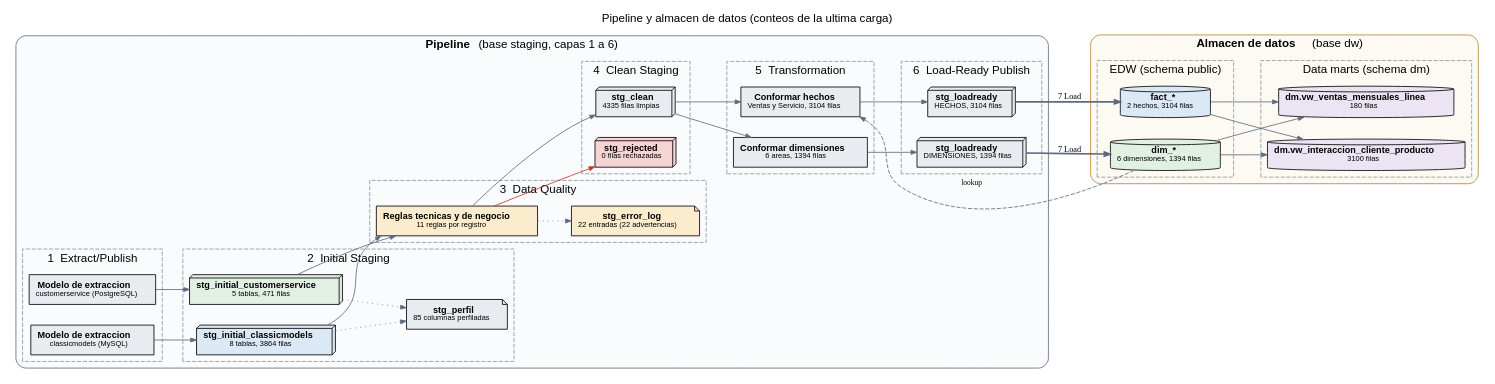
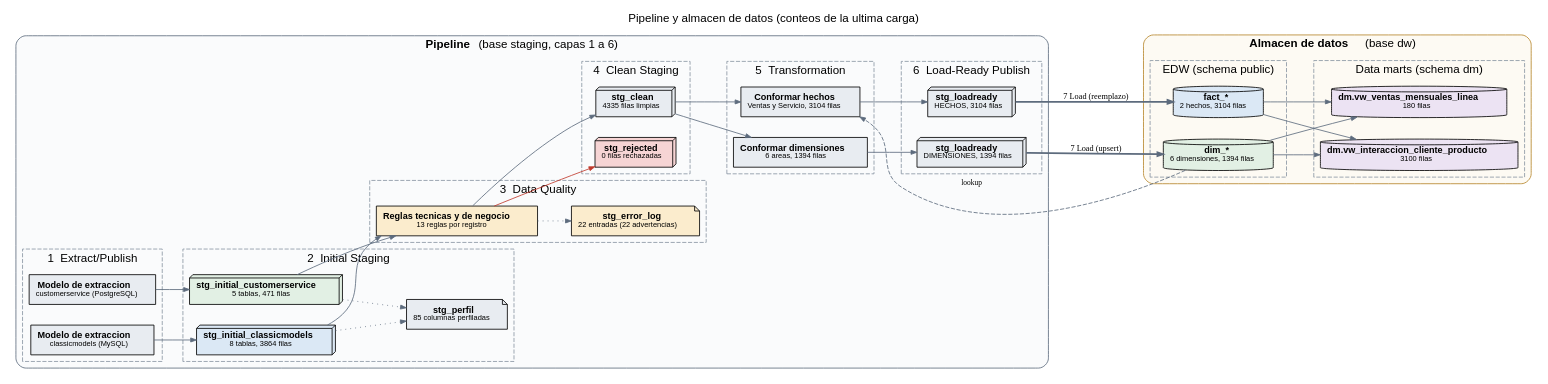
Before and after one commit to salo368/proyecto-modelos-datos: the diagram in docs/img/etl_pipeline.dot, drawn with Graphviz. The commit also changed 4 other files, not shown here.

First line of the commit message:
Regenerar backups, reporte de calidad y diagrama del pipeline

```diff
--- a/docs/img/etl_pipeline.dot
+++ b/docs/img/etl_pipeline.dot
@@ -1,56 +1,56 @@
 digraph pipeline {
   graph [rankdir=LR, nodesep=0.35, ranksep=0.55, fontname="Helvetica", label="Pipeline y almacen de datos (conteos de la ultima carga)", labelloc=t, fontsize=14];
   node [fontname="Helvetica", fontsize=11];
   edge [color="#5d6b7d", arrowsize=0.7];
 
   subgraph cluster_pipeline { label=<<B>Pipeline</B> (base staging, capas 1 a 6)>; style="rounded,filled"; fillcolor="#fafbfc"; color="#5d6b7d";
     subgraph cluster_1 { label="1  Extract/Publish"; style=dashed; color="#8a96a3";
     ext_cm [shape=box, style="filled", fillcolor="#e8ecf1", label=<<B>Modelo de extraccion</B><BR/><FONT POINT-SIZE="9">classicmodels (MySQL)</FONT>>];
     ext_cs [shape=box, style="filled", fillcolor="#e8ecf1", label=<<B>Modelo de extraccion</B><BR/><FONT POINT-SIZE="9">customerservice (PostgreSQL)</FONT>>];
     }
     subgraph cluster_2 { label="2  Initial Staging"; style=dashed; color="#8a96a3";
     ini_cm [shape=box3d, style="filled", fillcolor="#dbe8f5", label=<<B>stg_initial_classicmodels</B><BR/><FONT POINT-SIZE="9">8 tablas, 3864 filas</FONT>>];
     ini_cs [shape=box3d, style="filled", fillcolor="#e2f0e4", label=<<B>stg_initial_customerservice</B><BR/><FONT POINT-SIZE="9">5 tablas, 471 filas</FONT>>];
     profile [shape=note, style="filled", fillcolor="#e8ecf1", label=<<B>stg_perfil</B><BR/><FONT POINT-SIZE="9">85 columnas perfiladas</FONT>>];
     }
     subgraph cluster_3 { label="3  Data Quality"; style=dashed; color="#8a96a3";
-    dq [shape=box, style="filled", fillcolor="#fbeccd", label=<<B>Reglas tecnicas y de negocio</B><BR/><FONT POINT-SIZE="9">11 reglas por registro</FONT>>];
+    dq [shape=box, style="filled", fillcolor="#fbeccd", label=<<B>Reglas tecnicas y de negocio</B><BR/><FONT POINT-SIZE="9">13 reglas por registro</FONT>>];
     errlog [shape=note, style="filled", fillcolor="#fbeccd", label=<<B>stg_error_log</B><BR/><FONT POINT-SIZE="9">22 entradas (22 advertencias)</FONT>>];
     }
     subgraph cluster_4 { label="4  Clean Staging"; style=dashed; color="#8a96a3";
     clean [shape=box3d, style="filled", fillcolor="#e8ecf1", label=<<B>stg_clean</B><BR/><FONT POINT-SIZE="9">4335 filas limpias</FONT>>];
     rej [shape=box3d, style="filled", fillcolor="#f6d4d4", label=<<B>stg_rejected</B><BR/><FONT POINT-SIZE="9">0 filas rechazadas</FONT>>];
     }
     subgraph cluster_5 { label="5  Transformation"; style=dashed; color="#8a96a3";
     tr_d [shape=box, style="filled", fillcolor="#e8ecf1", label=<<B>Conformar dimensiones</B><BR/><FONT POINT-SIZE="9">6 areas, 1394 filas</FONT>>];
     tr_f [shape=box, style="filled", fillcolor="#e8ecf1", label=<<B>Conformar hechos</B><BR/><FONT POINT-SIZE="9">Ventas y Servicio, 3104 filas</FONT>>];
     }
     subgraph cluster_6 { label="6  Load-Ready Publish"; style=dashed; color="#8a96a3";
     lr_d [shape=box3d, style="filled", fillcolor="#e8ecf1", label=<<B>stg_loadready</B><BR/><FONT POINT-SIZE="9">DIMENSIONES, 1394 filas</FONT>>];
     lr_f [shape=box3d, style="filled", fillcolor="#e8ecf1", label=<<B>stg_loadready</B><BR/><FONT POINT-SIZE="9">HECHOS, 3104 filas</FONT>>];
     }
   }
 
   subgraph cluster_dw { label=<<B>Almacen de datos</B> (base dw)>; style="rounded,filled"; fillcolor="#fdfaf3"; color="#b7862b";
     subgraph cluster_edw { label="EDW (schema public)"; style=dashed; color="#8a96a3";
     dims [shape=cylinder, style="filled", fillcolor="#e2f0e4", label=<<B>dim_*</B><BR/><FONT POINT-SIZE="9">6 dimensiones, 1394 filas</FONT>>];
     facts [shape=cylinder, style="filled", fillcolor="#dbe8f5", label=<<B>fact_*</B><BR/><FONT POINT-SIZE="9">2 hechos, 3104 filas</FONT>>];
     }
     subgraph cluster_dm { label="Data marts (schema dm)"; style=dashed; color="#8a96a3";
     dm1 [shape=cylinder, style="filled", fillcolor="#ece3f3", label=<<B>dm.vw_interaccion_cliente_producto</B><BR/><FONT POINT-SIZE="9">3100 filas</FONT>>];
     dm2 [shape=cylinder, style="filled", fillcolor="#ece3f3", label=<<B>dm.vw_ventas_mensuales_linea</B><BR/><FONT POINT-SIZE="9">180 filas</FONT>>];
     }
   }
 
   ext_cm -> ini_cm; ext_cs -> ini_cs;
   ini_cm -> profile [style=dotted]; ini_cs -> profile [style=dotted];
   ini_cm -> dq; ini_cs -> dq;
   dq -> errlog [style=dotted];
   dq -> clean; dq -> rej [color="#c0392b"];
   clean -> tr_d; clean -> tr_f;
   tr_d -> lr_d; tr_f -> lr_f;
-  lr_d -> dims [penwidth=2, label="7 Load", fontsize=10];
-  lr_f -> facts [penwidth=2, label="7 Load", fontsize=10];
+  lr_d -> dims [penwidth=2, label="7 Load (upsert)", fontsize=10];
+  lr_f -> facts [penwidth=2, label="7 Load (reemplazo)", fontsize=10];
   dims -> tr_f [style=dashed, label="lookup", fontsize=9];
   facts -> dm1; dims -> dm1; facts -> dm2; dims -> dm2;
 }
```
